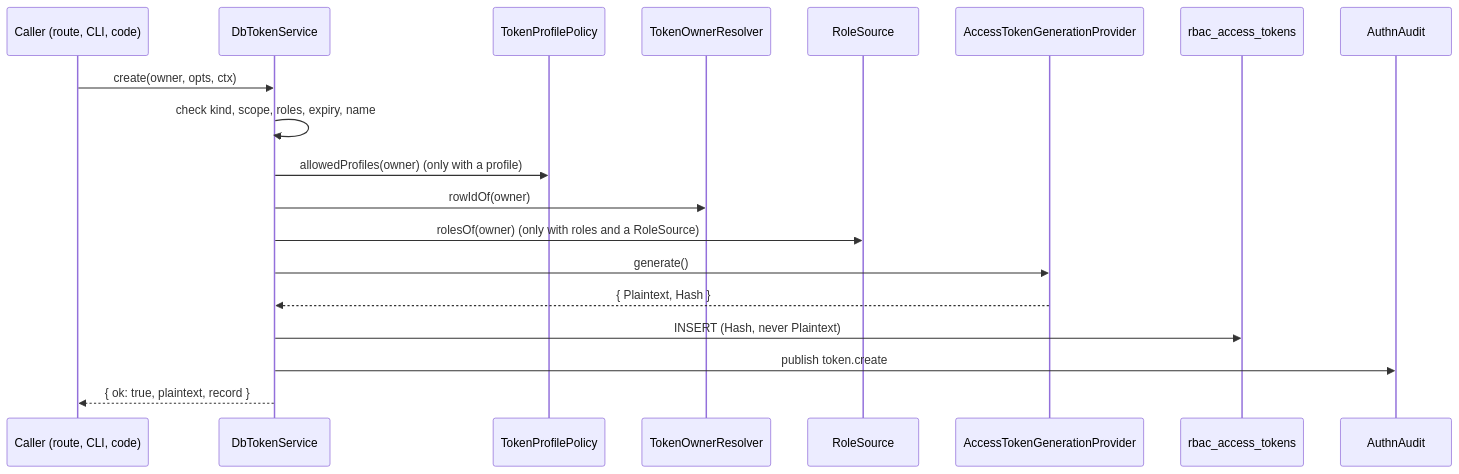
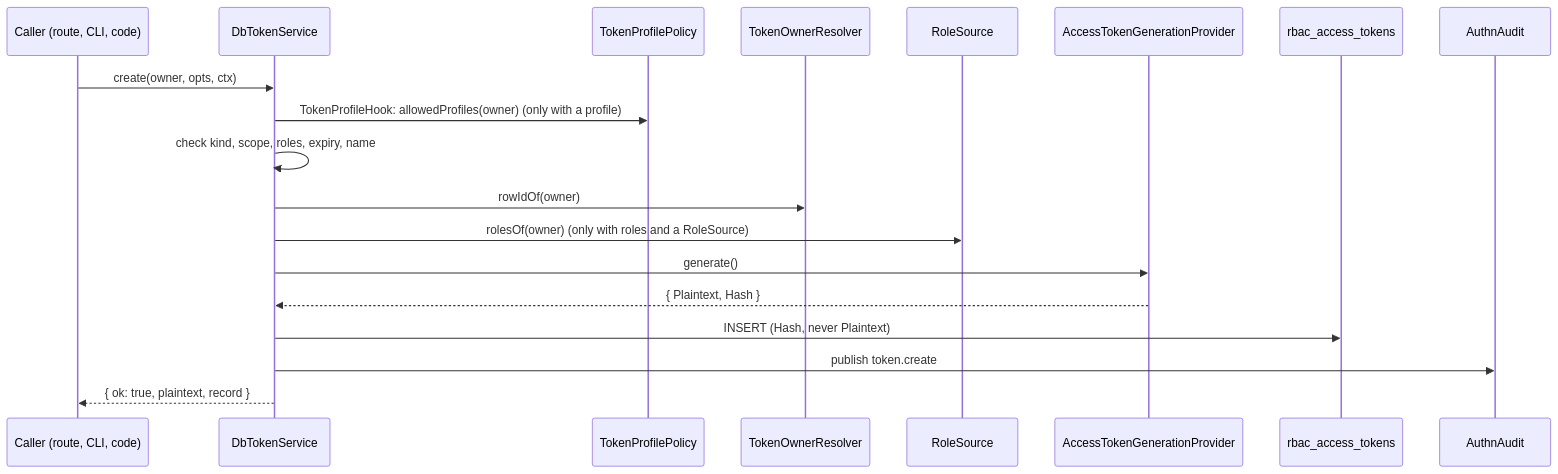
The diagram in docs/authn-token/01-token-service.md (spinajs/main), drawn with Mermaid before and after one commit. The commit also changed other lines of this file and 29 other files, not shown here.

First line of the commit message:
docs: the credential admin rule, the account disable hook, the registration mail hook and the token profile hook

````diff
--- a/docs/authn-token/01-token-service.md
+++ b/docs/authn-token/01-token-service.md
@@ -33,21 +33,21 @@
 ```mermaid
 sequenceDiagram
   participant C as Caller (route, CLI, code)
   participant S as DbTokenService
   participant P as TokenProfilePolicy
   participant O as TokenOwnerResolver
   participant R as RoleSource
   participant G as AccessTokenGenerationProvider
   participant DB as rbac_access_tokens
   participant E as AuthnAudit
   C->>S: create(owner, opts, ctx)
+  S->>P: TokenProfileHook: allowedProfiles(owner) (only with a profile)
   S->>S: check kind, scope, roles, expiry, name
-  S->>P: allowedProfiles(owner) (only with a profile)
   S->>O: rowIdOf(owner)
   S->>R: rolesOf(owner) (only with roles and a RoleSource)
   S->>G: generate()
   G-->>S: { Plaintext, Hash }
   S->>DB: INSERT (Hash, never Plaintext)
   S->>E: publish token.create
   S-->>C: { ok: true, plaintext, record }
 ```
````
